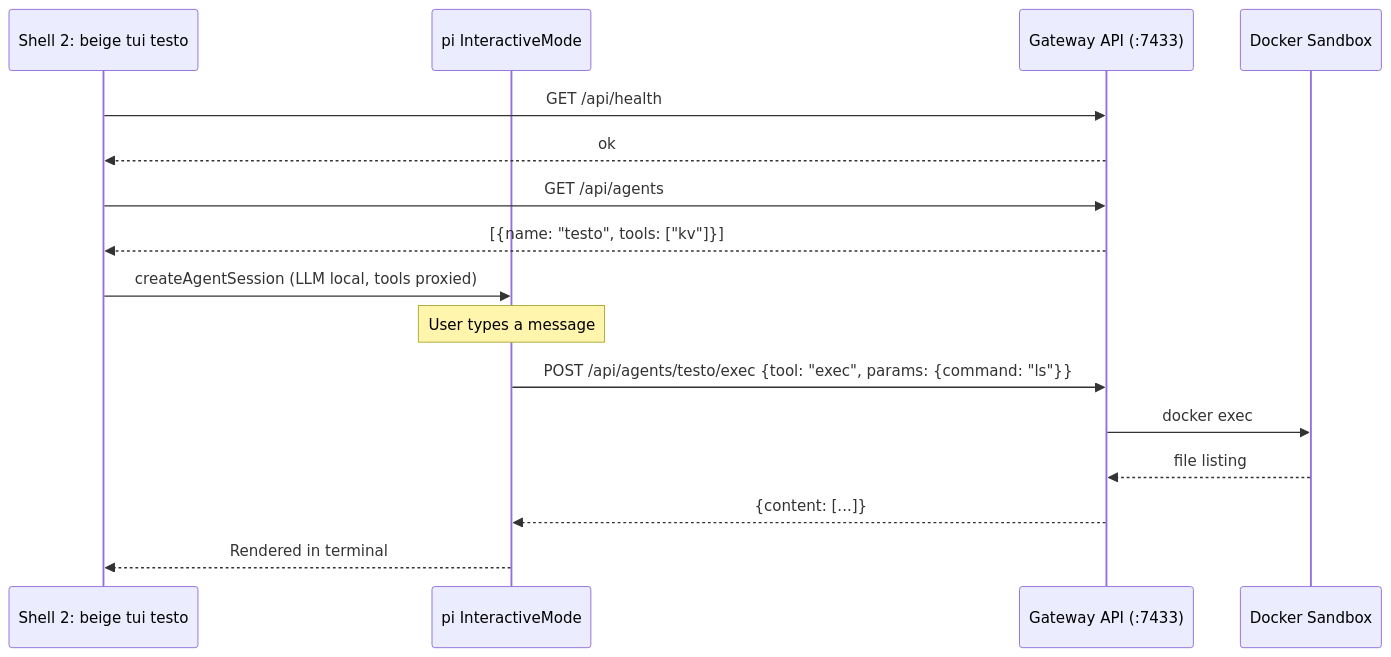
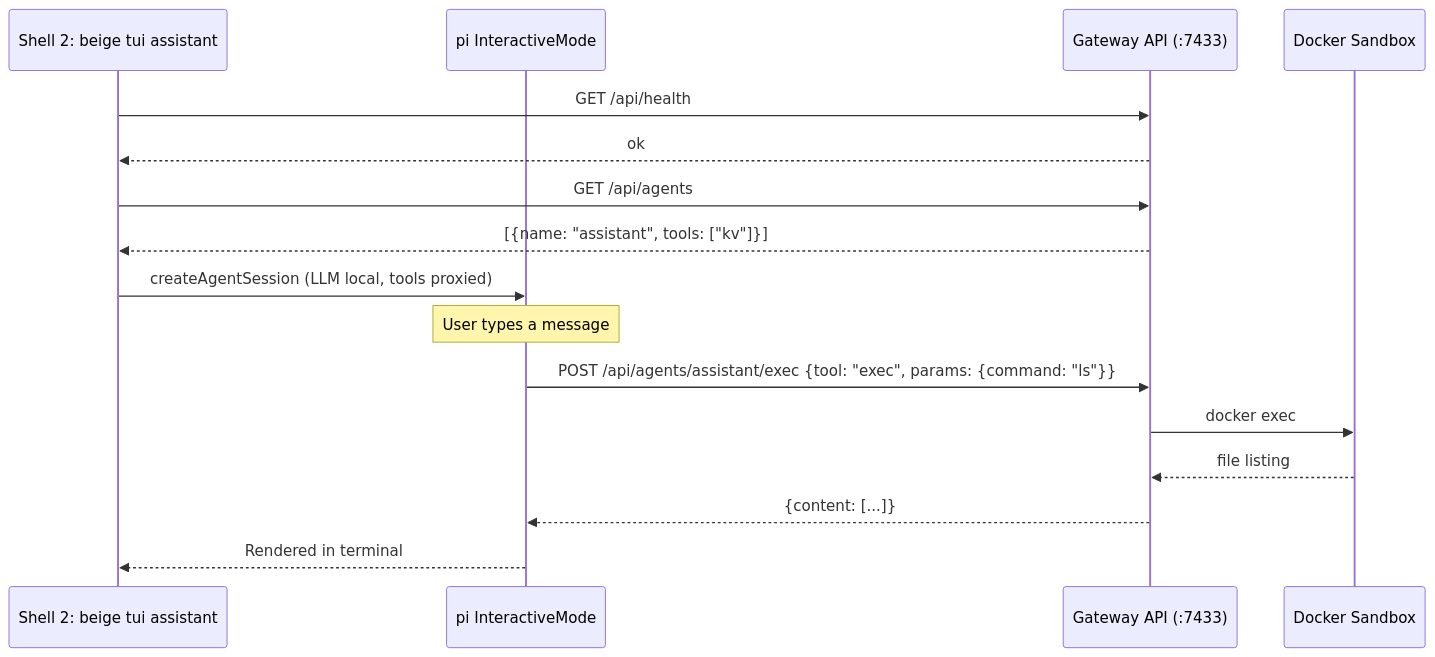
Before and after one commit to matthias-hausberger/beige: the sixth of 7 diagrams in docs/gateway/system-overview.mdx, drawn with Mermaid. The commit also changed other lines of this file and 16 other files, not shown here.

````diff
--- a/docs/gateway/system-overview.mdx
+++ b/docs/gateway/system-overview.mdx
@@ -196,24 +196,24 @@
 ```mermaid
 sequenceDiagram
-    participant CLI2 as Shell 2: beige tui testo
+    participant CLI2 as Shell 2: beige tui assistant
     participant TUI as pi InteractiveMode
     participant API as Gateway API (:7433)
     participant SB as Docker Sandbox
 
     CLI2->>API: GET /api/health
     API-->>CLI2: ok
 
     CLI2->>API: GET /api/agents
-    API-->>CLI2: [{name: "testo", tools: ["kv"]}]
+    API-->>CLI2: [{name: "assistant", tools: ["kv"]}]
 
     CLI2->>TUI: createAgentSession (LLM local, tools proxied)
 
     Note over TUI: User types a message
 
-    TUI->>API: POST /api/agents/testo/exec {tool: "exec", params: {command: "ls"}}
+    TUI->>API: POST /api/agents/assistant/exec {tool: "exec", params: {command: "ls"}}
     API->>SB: docker exec
     SB-->>API: file listing
     API-->>TUI: {content: [...]}
 
     TUI-->>CLI2: Rendered in terminal
 ```
````
